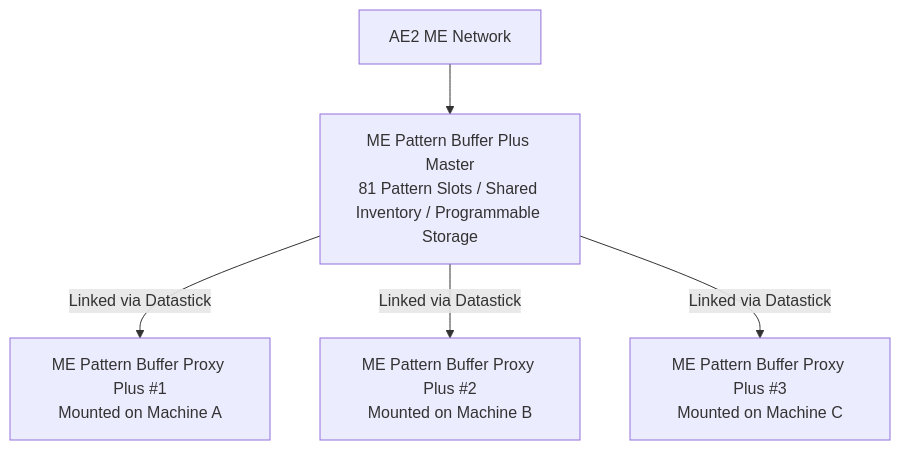
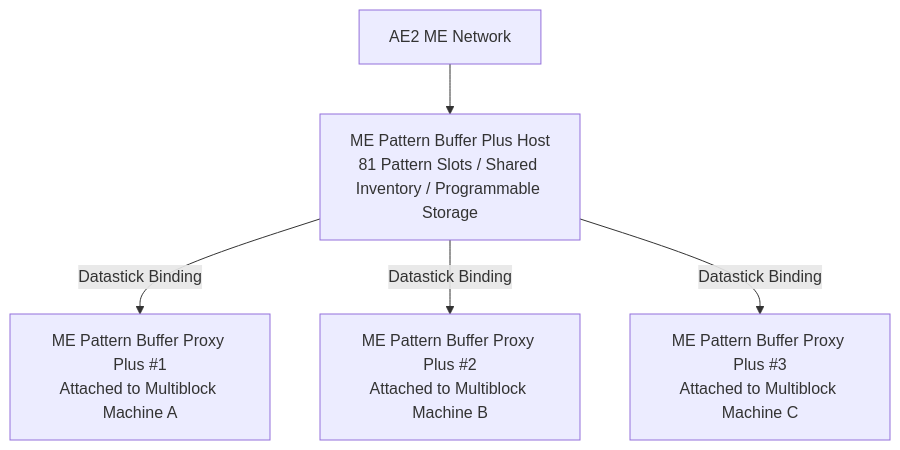
The diagram in docs/en/gtecore/ae2-integration.md (takanashisatou/GregtechEasy), drawn with Mermaid before and after one commit. The commit also changed other lines of this file and 162 other files, not shown here.

````diff
--- a/docs/en/gtecore/ae2-integration.md
+++ b/docs/en/gtecore/ae2-integration.md
@@ -13,7 +13,7 @@
 ```mermaid
 graph TD
-    A[AE2 ME Network] --> B[ME Pattern Buffer Plus Master<br/>81 Pattern Slots / Shared Inventory / Programmable Storage]
-    B -->|Linked via Datastick| C[ME Pattern Buffer Proxy Plus #1<br/>Mounted on Machine A]
-    B -->|Linked via Datastick| D[ME Pattern Buffer Proxy Plus #2<br/>Mounted on Machine B]
-    B -->|Linked via Datastick| E[ME Pattern Buffer Proxy Plus #3<br/>Mounted on Machine C]
+    A[AE2 ME Network] --> B[ME Pattern Buffer Plus Host<br/>81 Pattern Slots / Shared Inventory / Programmable Storage]
+    B -->|Datastick Binding| C[ME Pattern Buffer Proxy Plus #1<br/>Attached to Multiblock Machine A]
+    B -->|Datastick Binding| D[ME Pattern Buffer Proxy Plus #2<br/>Attached to Multiblock Machine B]
+    B -->|Datastick Binding| E[ME Pattern Buffer Proxy Plus #3<br/>Attached to Multiblock Machine C]
 ```
````
